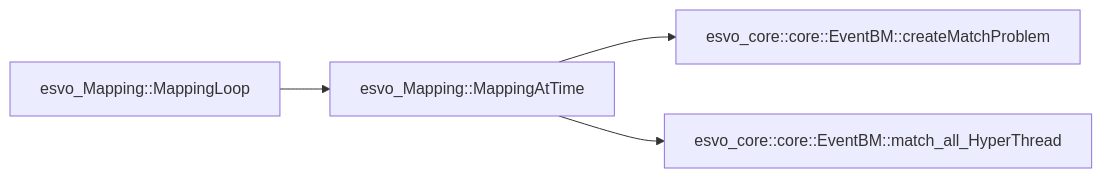
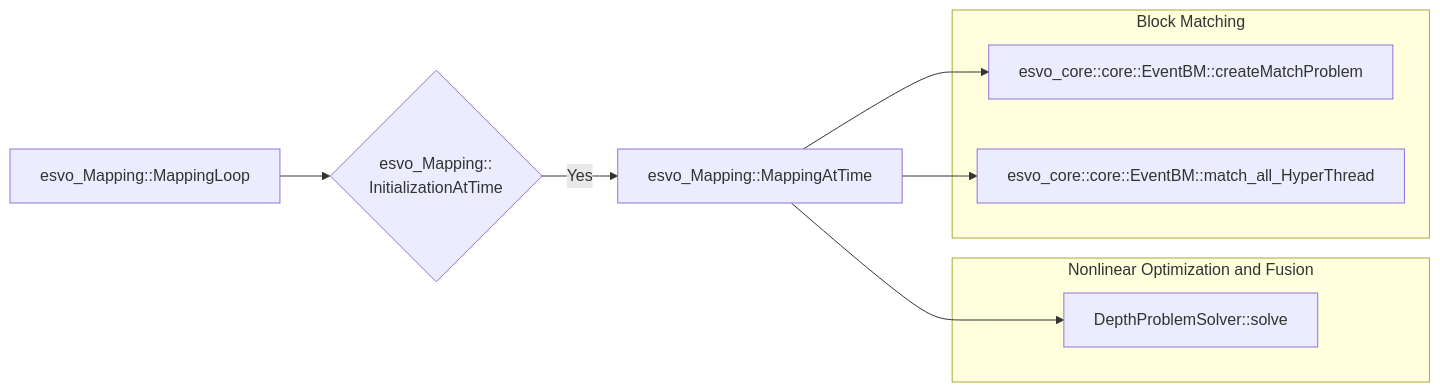
Before and after one commit to 2c984r83y/2c984r83y.github.io: the first of 3 diagrams in _posts/2023-10-17-ESVO.md, drawn with Mermaid. The commit also changed other lines of this file, not shown here.

````diff
--- a/_posts/2023-10-17-ESVO.md
+++ b/_posts/2023-10-17-ESVO.md
@@ -216,6 +217,19 @@
 ```mermaid
 graph LR
-A[esvo_Mapping::MappingLoop] --> B[esvo_Mapping::MappingAtTime]
-B --> C[esvo_core::core::EventBM::createMatchProblem]
-B --> D[esvo_core::core::EventBM::match_all_HyperThread]
+A --> F{esvo_Mapping::
+InitializationAtTime}
+F -->|Yes| B[esvo_Mapping::MappingAtTime]
+A[esvo_Mapping::MappingLoop]
+B[esvo_Mapping::MappingAtTime]
+subgraph Nonlinear Optimization and Fusion
+E[DepthProblemSolver::solve]
+end
+subgraph Block Matching
+C[esvo_core::core::EventBM::createMatchProblem]
+D[esvo_core::core::EventBM::match_all_HyperThread]
+end
+B --> E
+B --> C
+B --> D
+
 ```
````
